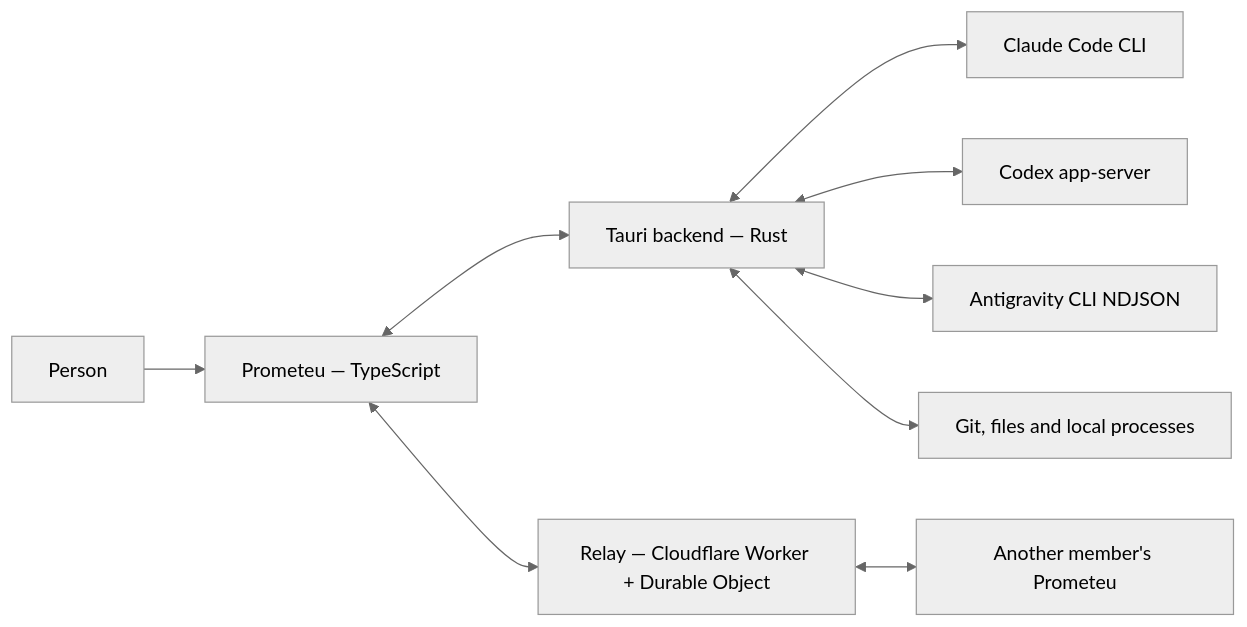
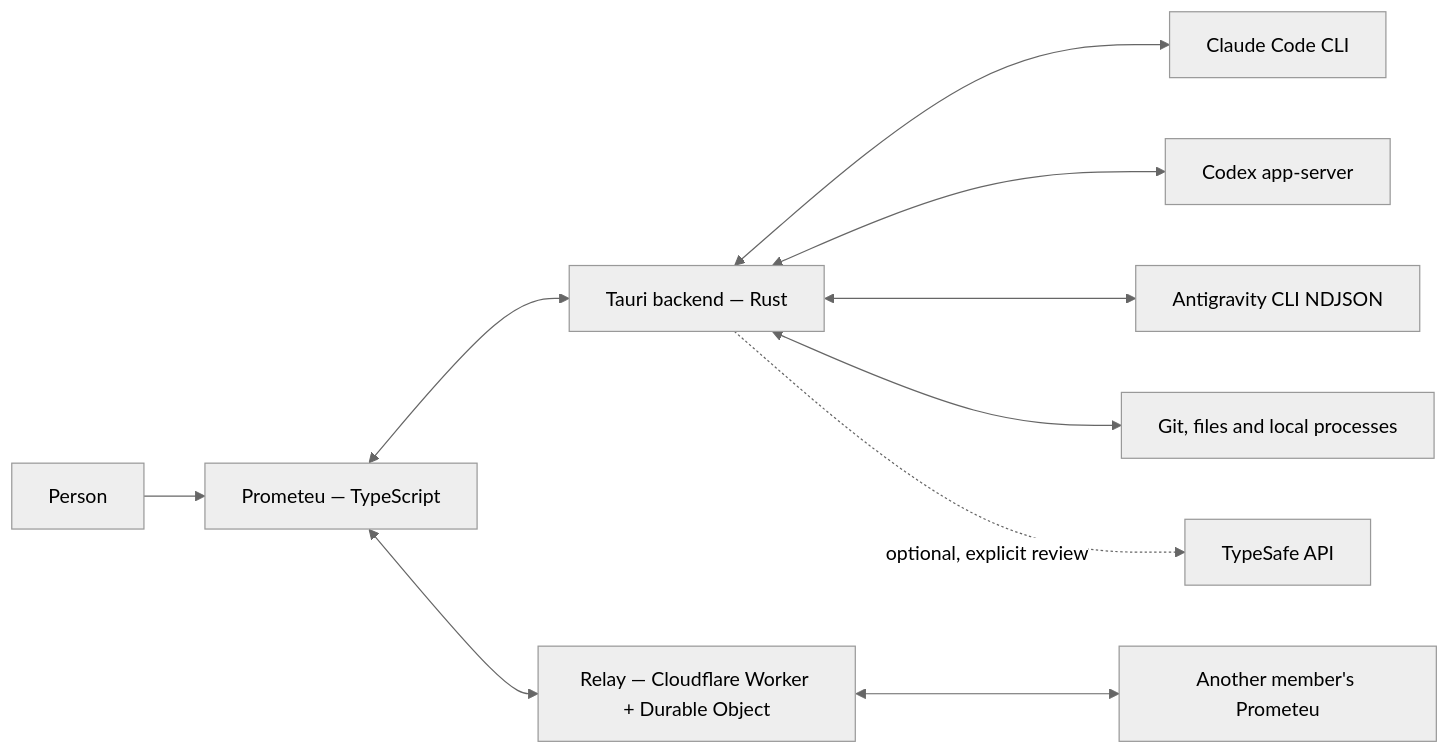
One commit to JabsRafael/prometeu changed the diagram in ARCHITECTURE.md. Above: the diagram before and after it, drawn with Mermaid (neutral theme). The commit also changed other lines of this file and 18 other files, not shown here.

````diff
--- a/ARCHITECTURE.md
+++ b/ARCHITECTURE.md
@@ -18,11 +18,12 @@
 ```mermaid
 flowchart LR
     person[Person] --> ui[Prometeu — TypeScript]
     ui <--> back[Tauri backend — Rust]
     back <--> claude[Claude Code CLI]
     back <--> codex[Codex app-server]
     back <--> agy[Antigravity CLI NDJSON]
     back <--> local[Git, files and local processes]
+    back -. optional, explicit review .-> typesafe[TypeSafe API]
     ui <--> relay[Relay — Cloudflare Worker + Durable Object]
     relay <--> peer[Another member's Prometeu]
 ```
````
